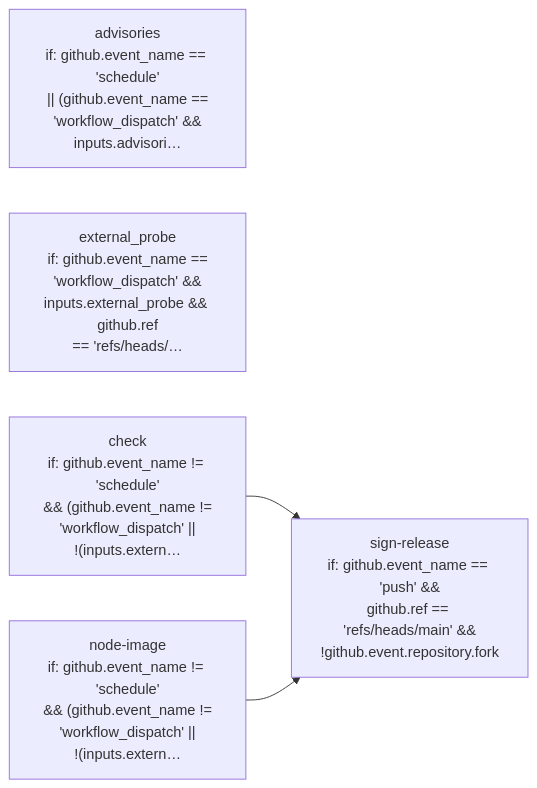
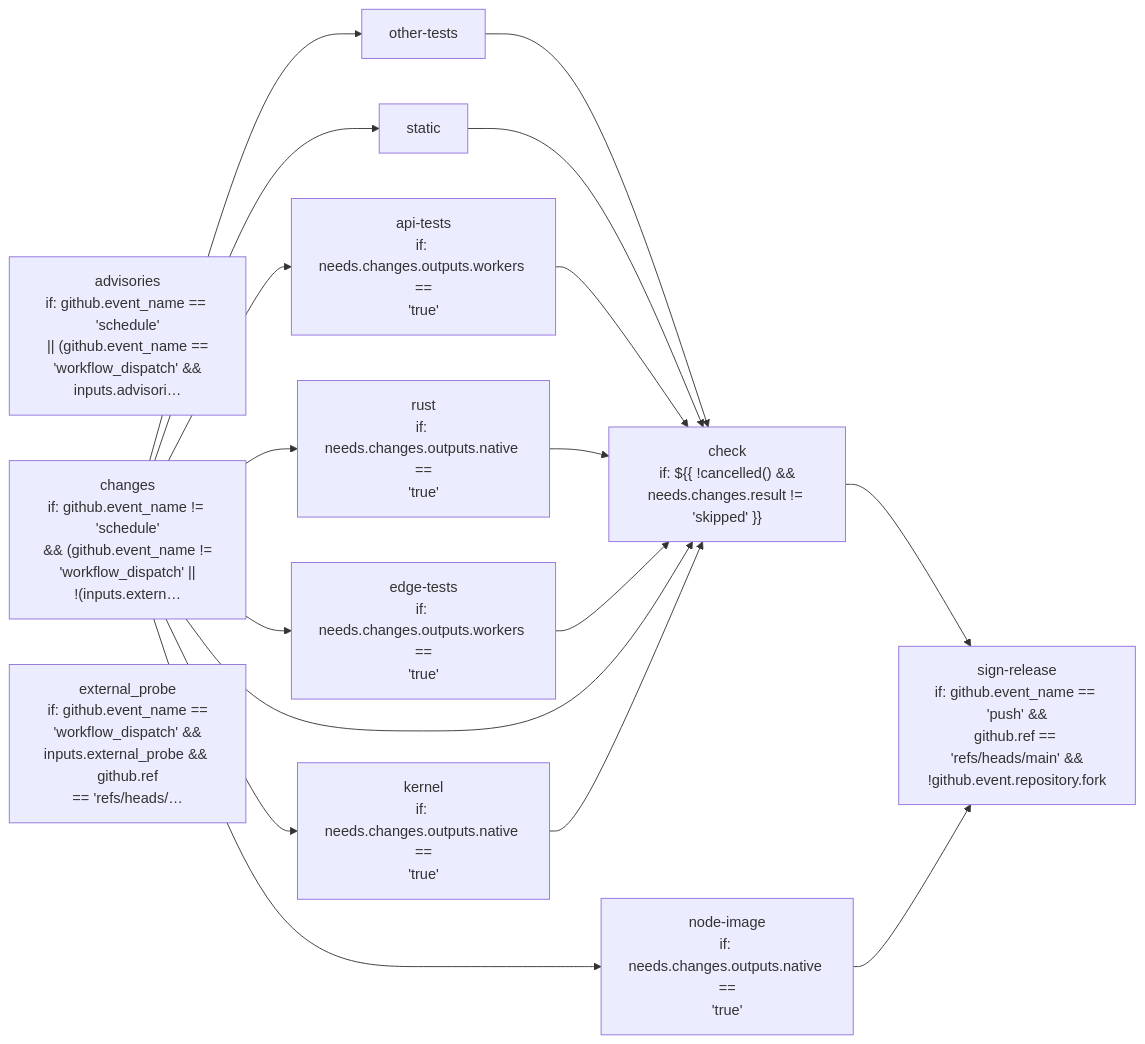
One commit to amerged-org/cloudflare-postgres changed the diagram in docs/architecture/mermaider/ci-pipeline.mmd. Above: the diagram before and after it, drawn with Mermaid. The commit also changed 5 other files, not shown here.

Commit message:
ci: regenerate the CI pipeline diagram for the parallel jobs

```diff
--- a/docs/architecture/mermaider/ci-pipeline.mmd
+++ b/docs/architecture/mermaider/ci-pipeline.mmd
@@ -1,8 +1,29 @@
 flowchart LR
+    n_e1e4dfff9cc2["edge-tests<br/>if: needs.changes.outputs.workers ==<br/>'true'"]
     n_a6e574012643["advisories<br/>if: github.event_name == 'schedule'<br/>|| (github.event_name ==<br/>'workflow_dispatch' #38;#38;<br/>inputs.advisori…"]
+    n_56b02e831561["changes<br/>if: github.event_name != 'schedule'<br/>#38;#38; (github.event_name !=<br/>'workflow_dispatch' ||<br/>!(inputs.extern…"]
     n_961dc845a911["sign-release<br/>if: github.event_name == 'push' #38;#38;<br/>github.ref == 'refs/heads/main' #38;#38;<br/>!github.event.repository.fork"]
+    n_ec9d67edffea["kernel<br/>if: needs.changes.outputs.native ==<br/>'true'"]
     n_d92200072b60["external_probe<br/>if: github.event_name ==<br/>'workflow_dispatch' #38;#38;<br/>inputs.external_probe #38;#38; github.ref<br/>== 'refs/heads/…"]
-    n_58381b3e9536["check<br/>if: github.event_name != 'schedule'<br/>#38;#38; (github.event_name !=<br/>'workflow_dispatch' ||<br/>!(inputs.extern…"]
-    n_20a964d54b2b["node-image<br/>if: github.event_name != 'schedule'<br/>#38;#38; (github.event_name !=<br/>'workflow_dispatch' ||<br/>!(inputs.extern…"]
+    n_58381b3e9536["check<br/>if: $#123;#123; !cancelled() #38;#38;<br/>needs.changes.result != 'skipped' #125;#125;"]
+    n_5672bab297a7["static"]
+    n_1db7d308435d["api-tests<br/>if: needs.changes.outputs.workers ==<br/>'true'"]
+    n_edb8e71ec27d["rust<br/>if: needs.changes.outputs.native ==<br/>'true'"]
+    n_20a964d54b2b["node-image<br/>if: needs.changes.outputs.native ==<br/>'true'"]
+    n_540c241e92af["other-tests"]
+    n_540c241e92af --> n_58381b3e9536
+    n_5672bab297a7 --> n_58381b3e9536
+    n_56b02e831561 --> n_ec9d67edffea
     n_58381b3e9536 --> n_961dc845a911
+    n_1db7d308435d --> n_58381b3e9536
+    n_56b02e831561 --> n_e1e4dfff9cc2
+    n_56b02e831561 --> n_540c241e92af
+    n_56b02e831561 --> n_5672bab297a7
+    n_56b02e831561 --> n_1db7d308435d
+    n_edb8e71ec27d --> n_58381b3e9536
+    n_56b02e831561 --> n_20a964d54b2b
+    n_e1e4dfff9cc2 --> n_58381b3e9536
+    n_56b02e831561 --> n_edb8e71ec27d
     n_20a964d54b2b --> n_961dc845a911
+    n_56b02e831561 --> n_58381b3e9536
+    n_ec9d67edffea --> n_58381b3e9536
```
